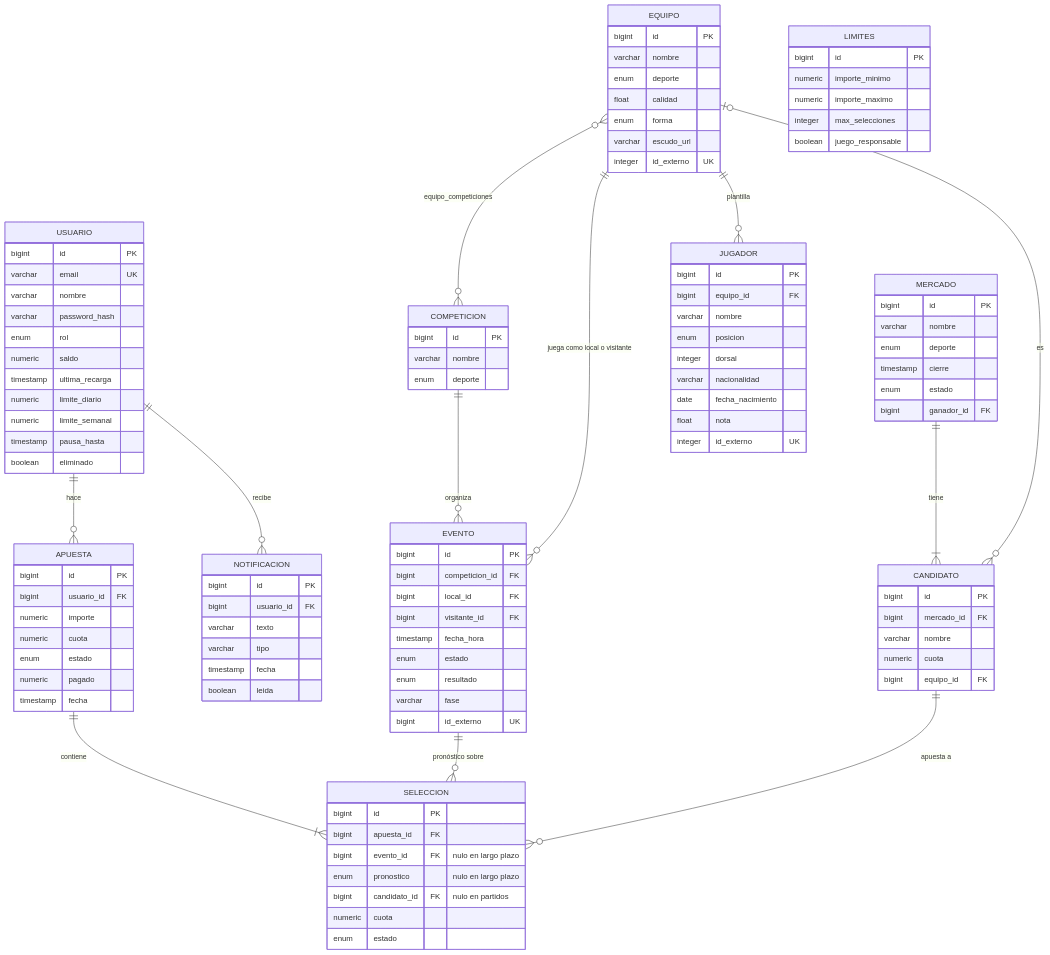
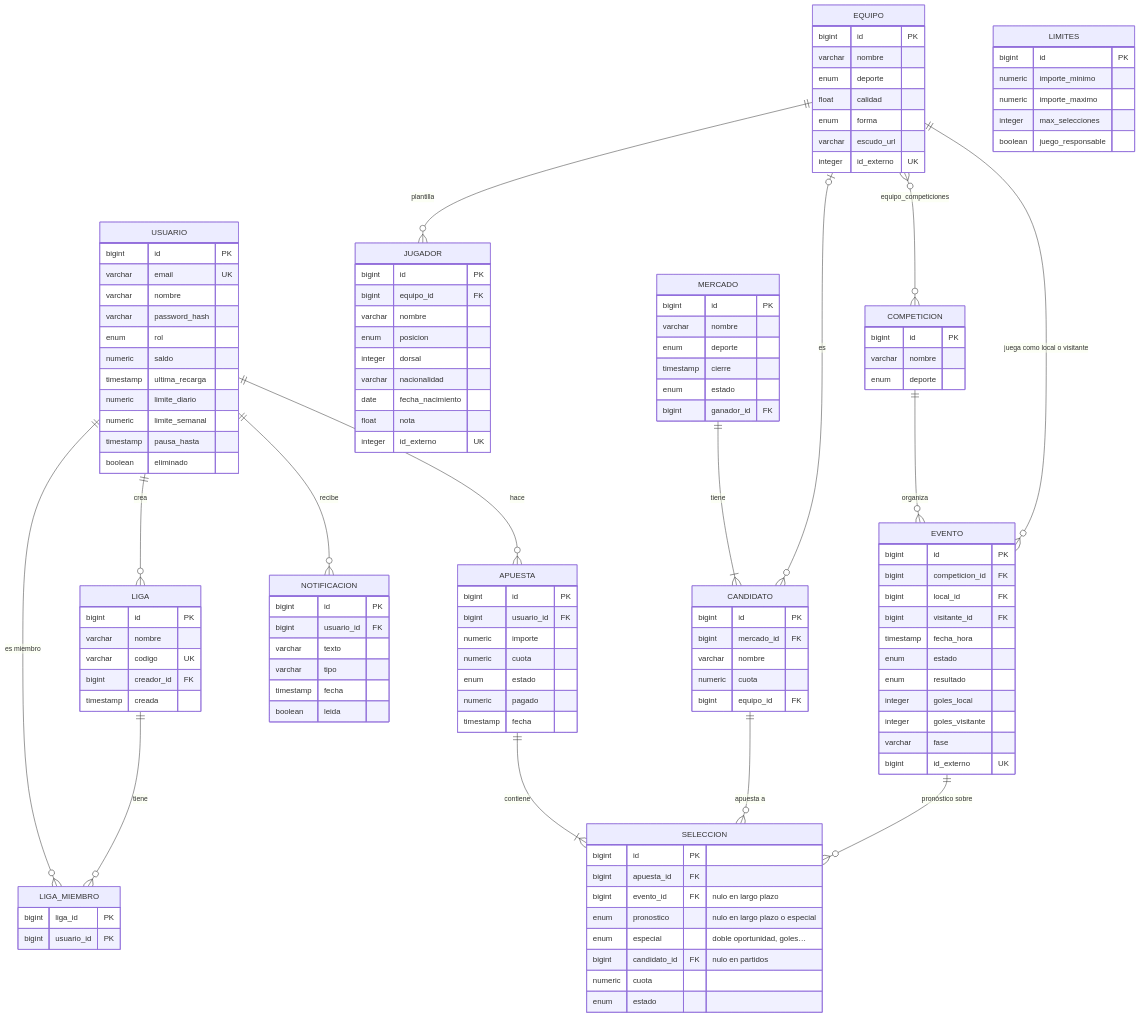
One commit to riverri/IS1 changed the ninth of 9 diagrams in docs/diseno/uml.md. Above: the diagram before and after it, drawn with Mermaid. The commit also changed other lines of this file and 52 other files, not shown here.

```diff
--- a/docs/diseno/uml.md
+++ b/docs/diseno/uml.md
@@ -431,6 +465,9 @@
     MERCADO ||--|{ CANDIDATO : tiene
     EQUIPO |o--o{ CANDIDATO : "es"
     EQUIPO ||--o{ JUGADOR : "plantilla"
+    USUARIO ||--o{ LIGA : crea
+    LIGA ||--o{ LIGA_MIEMBRO : tiene
+    USUARIO ||--o{ LIGA_MIEMBRO : "es miembro"
 
     USUARIO {
         bigint id PK
@@ -458,7 +495,8 @@
         bigint id PK
         bigint apuesta_id FK
         bigint evento_id FK "nulo en largo plazo"
-        enum pronostico "nulo en largo plazo"
+        enum pronostico "nulo en largo plazo o especial"
+        enum especial "doble oportunidad, goles…"
         bigint candidato_id FK "nulo en partidos"
         numeric cuota
         enum estado
@@ -471,6 +509,8 @@
         timestamp fecha_hora
         enum estado
         enum resultado
+        integer goles_local
+        integer goles_visitante
         varchar fase
         bigint id_externo UK
     }
@@ -493,6 +533,17 @@
         date fecha_nacimiento
         float nota
         integer id_externo UK
+    }
+    LIGA {
+        bigint id PK
+        varchar nombre
+        varchar codigo UK
+        bigint creador_id FK
+        timestamp creada
+    }
+    LIGA_MIEMBRO {
+        bigint liga_id PK
+        bigint usuario_id PK
     }
     COMPETICION {
         bigint id PK
```
